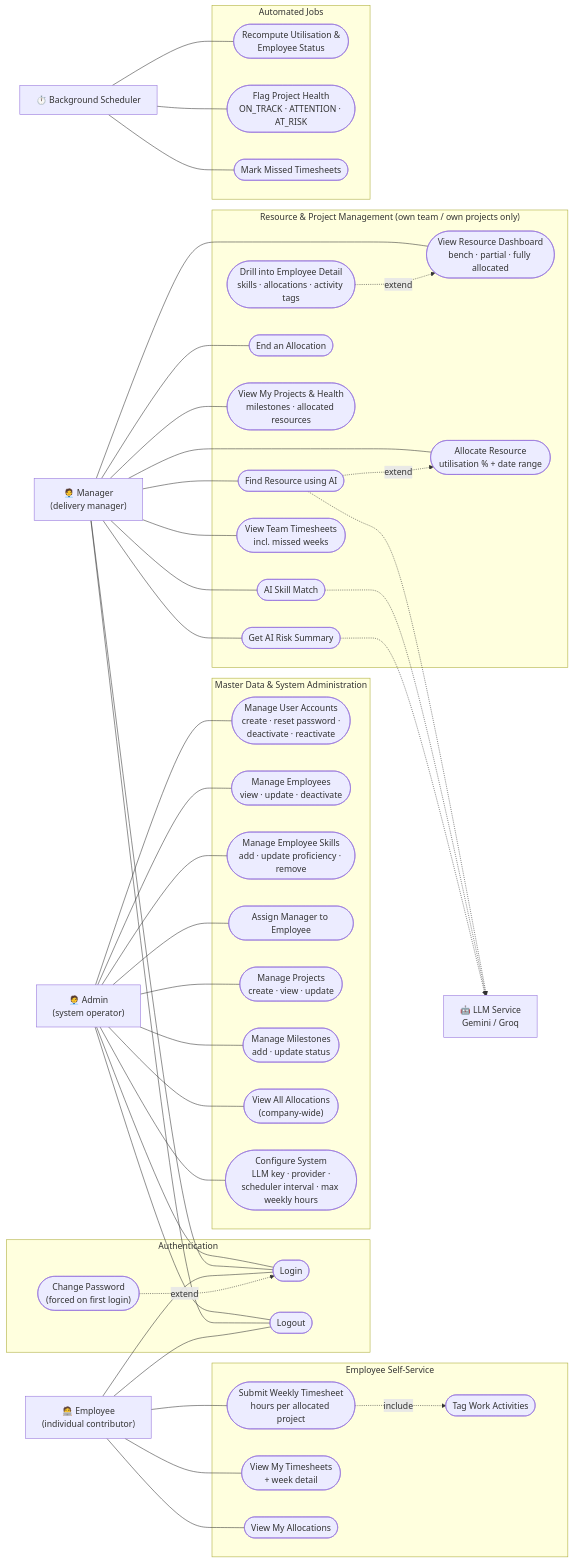
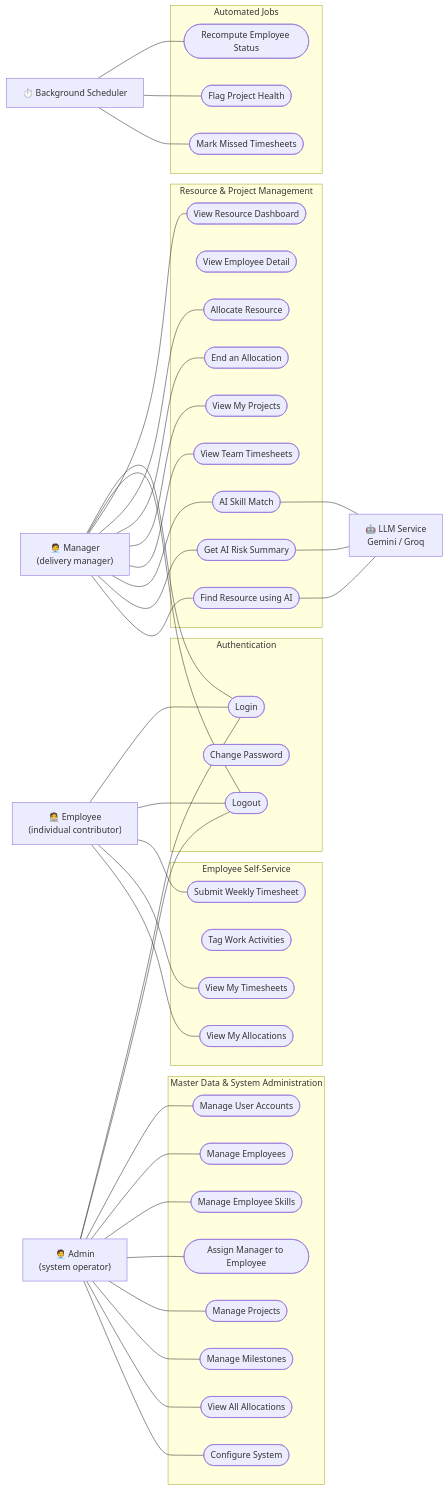
Before and after one commit to bhavingarg/project-and-resource-management-tool: the diagram in design/useCaseDiagram.md, drawn with Mermaid.

Commit message:
Fixed the design diagrams.

````diff
--- a/design/useCaseDiagram.md
+++ b/design/useCaseDiagram.md
@@ -6,75 +6,70 @@
 ```mermaid
 flowchart LR
     Admin["🧑‍💼 Admin<br/>(system operator)"]
     Manager["🧑‍💼 Manager<br/>(delivery manager)"]
     Employee["🧑‍💻 Employee<br/>(individual contributor)"]
     Scheduler["⏱️ Background Scheduler"]
     LLM["🤖 LLM Service<br/>Gemini / Groq"]
 
     subgraph AUTH["Authentication"]
         UC_Login(["Login"])
-        UC_ChangePwd(["Change Password<br/>(forced on first login)"])
+        UC_ChangePwd(["Change Password"])
         UC_Logout(["Logout"])
     end
 
     subgraph ADM["Master Data & System Administration"]
-        UC_ManageUsers(["Manage User Accounts<br/>create · reset password ·<br/>deactivate · reactivate"])
-        UC_ManageEmployees(["Manage Employees<br/>view · update · deactivate"])
-        UC_ManageSkills(["Manage Employee Skills<br/>add · update proficiency · remove"])
+        UC_ManageUsers(["Manage User Accounts"])
+        UC_ManageEmployees(["Manage Employees"])
+        UC_ManageSkills(["Manage Employee Skills"])
         UC_AssignManager(["Assign Manager to Employee"])
-        UC_ManageProjects(["Manage Projects<br/>create · view · update"])
-        UC_ManageMilestones(["Manage Milestones<br/>add · update status"])
-        UC_ViewAllAlloc(["View All Allocations<br/>(company-wide)"])
-        UC_SysConfig(["Configure System<br/>LLM key · provider ·<br/>scheduler interval · max weekly hours"])
+        UC_ManageProjects(["Manage Projects"])
+        UC_ManageMilestones(["Manage Milestones"])
+        UC_ViewAllAlloc(["View All Allocations"])
+        UC_SysConfig(["Configure System"])
     end
 
-    subgraph MGR["Resource & Project Management (own team / own projects only)"]
-        UC_Dashboard(["View Resource Dashboard<br/>bench · partial · fully allocated"])
-        UC_DrillDown(["Drill into Employee Detail<br/>skills · allocations · activity tags"])
-        UC_Allocate(["Allocate Resource<br/>utilisation % + date range"])
+    subgraph MGR["Resource & Project Management"]
+        UC_Dashboard(["View Resource Dashboard"])
+        UC_DrillDown(["View Employee Detail"])
+        UC_Allocate(["Allocate Resource"])
         UC_AIFind(["Find Resource using AI"])
         UC_EndAlloc(["End an Allocation"])
-        UC_MyProjects(["View My Projects & Health<br/>milestones · allocated resources"])
+        UC_MyProjects(["View My Projects"])
         UC_RiskSummary(["Get AI Risk Summary"])
         UC_SkillMatch(["AI Skill Match"])
-        UC_TeamTS(["View Team Timesheets<br/>incl. missed weeks"])
+        UC_TeamTS(["View Team Timesheets"])
     end
 
     subgraph EMP["Employee Self-Service"]
-        UC_SubmitTS(["Submit Weekly Timesheet<br/>hours per allocated project"])
+        UC_SubmitTS(["Submit Weekly Timesheet"])
         UC_TagWork(["Tag Work Activities"])
-        UC_MyTS(["View My Timesheets<br/>+ week detail"])
+        UC_MyTS(["View My Timesheets"])
         UC_MyAlloc(["View My Allocations"])
     end
 
     subgraph SYS["Automated Jobs"]
-        UC_Recompute(["Recompute Utilisation &<br/>Employee Status"])
-        UC_FlagHealth(["Flag Project Health<br/>ON_TRACK · ATTENTION · AT_RISK"])
+        UC_Recompute(["Recompute Employee Status"])
+        UC_FlagHealth(["Flag Project Health"])
         UC_MarkMissed(["Mark Missed Timesheets"])
     end
 
     Admin --- UC_Login
     Manager --- UC_Login
     Employee --- UC_Login
     Admin --- UC_Logout
     Manager --- UC_Logout
     Employee --- UC_Logout
 
     Admin --- UC_ManageUsers & UC_ManageEmployees & UC_ManageSkills & UC_AssignManager
     Admin --- UC_ManageProjects & UC_ManageMilestones & UC_ViewAllAlloc & UC_SysConfig
 
     Manager --- UC_Dashboard & UC_Allocate & UC_EndAlloc & UC_MyProjects & UC_TeamTS
     Manager --- UC_SkillMatch & UC_RiskSummary & UC_AIFind
 
     Employee --- UC_SubmitTS & UC_MyTS & UC_MyAlloc
 
-    UC_ChangePwd -.->|extend| UC_Login
-    UC_DrillDown -.->|extend| UC_Dashboard
-    UC_AIFind -.->|extend| UC_Allocate
-    UC_SubmitTS -.->|include| UC_TagWork
-
     Scheduler --- UC_Recompute & UC_FlagHealth & UC_MarkMissed
-    UC_AIFind -.-> LLM
-    UC_SkillMatch -.-> LLM
-    UC_RiskSummary -.-> LLM
+    UC_AIFind --- LLM
+    UC_SkillMatch --- LLM
+    UC_RiskSummary --- LLM
 ```
````
